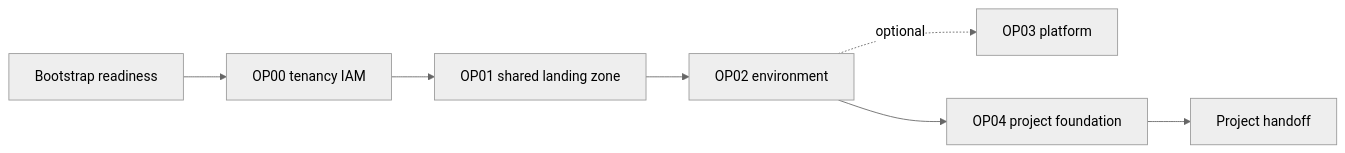
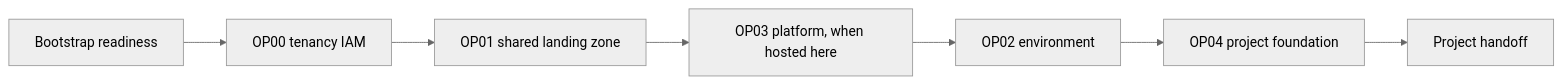
The diagram in oci-and-db/foundation/operations-advisory/multi-cloud-operating-models/oci-landing-zone/docs/architecture.md (oracle-devrel/technology-engineering), drawn with Mermaid (neutral theme) before and after one commit. The commit also changed other lines of this file and 44 other files, not shown here.

````diff
--- a/oci-and-db/foundation/operations-advisory/multi-cloud-operating-models/oci-landing-zone/docs/architecture.md
+++ b/oci-and-db/foundation/operations-advisory/multi-cloud-operating-models/oci-landing-zone/docs/architecture.md
@@ -7,9 +7,9 @@
 ```mermaid
 flowchart LR
   B[Bootstrap readiness] --> O0[OP00 tenancy IAM]
   O0 --> O1[OP01 shared landing zone]
-  O1 --> O2[OP02 environment]
-  O2 -. optional .-> O3[OP03 platform]
+  O1 --> O3[OP03 platform, when hosted here]
+  O3 --> O2[OP02 environment]
   O2 --> O4[OP04 project foundation]
   O4 --> H[Project handoff]
 ```
````
